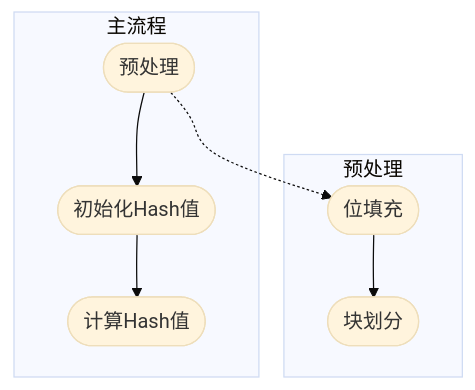
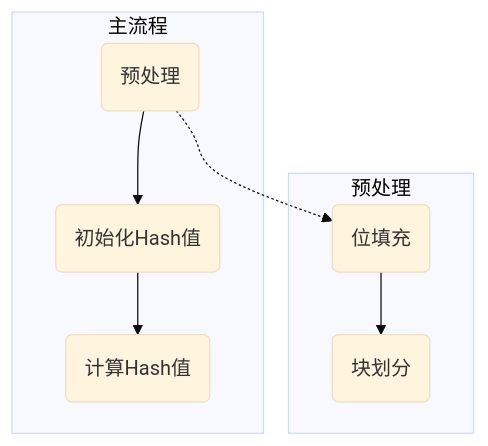
The diagram in docs/CS/SHA安全散列算法.md (mengsuenyan/mengsuenyan.github.io), drawn with Mermaid (base theme) before and after one commit. The commit also changed other lines of this file and 9 other files, not shown here.

````diff
--- a/docs/CS/SHA安全散列算法.md
+++ b/docs/CS/SHA安全散列算法.md
@@ -22,13 +22,13 @@
 ```mermaid
 graph TD;
     id1 -.-> id11;
 
     subgraph 预处理;
-    id11([位填充]) --> id12([块划分]);
+    id11(位填充) --> id12(块划分);
     end;
 
     subgraph 主流程;
-    id1([预处理]) --> id2([初始化Hash值]);
-    id2 --> id3([计算Hash值]);
+    id1(预处理) --> id2(初始化Hash值);
+    id2 --> id3(计算Hash值);
     end
 ```
````
